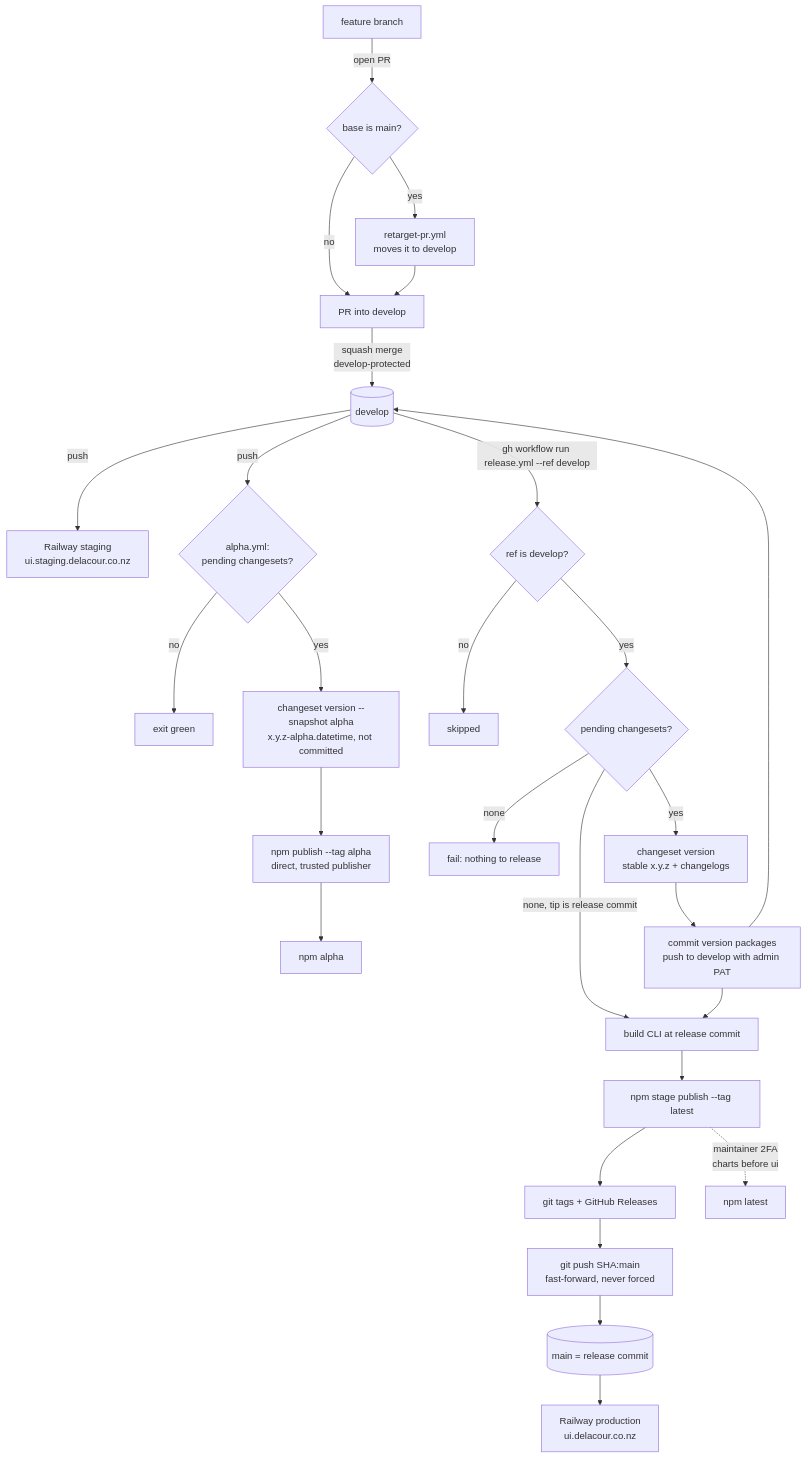
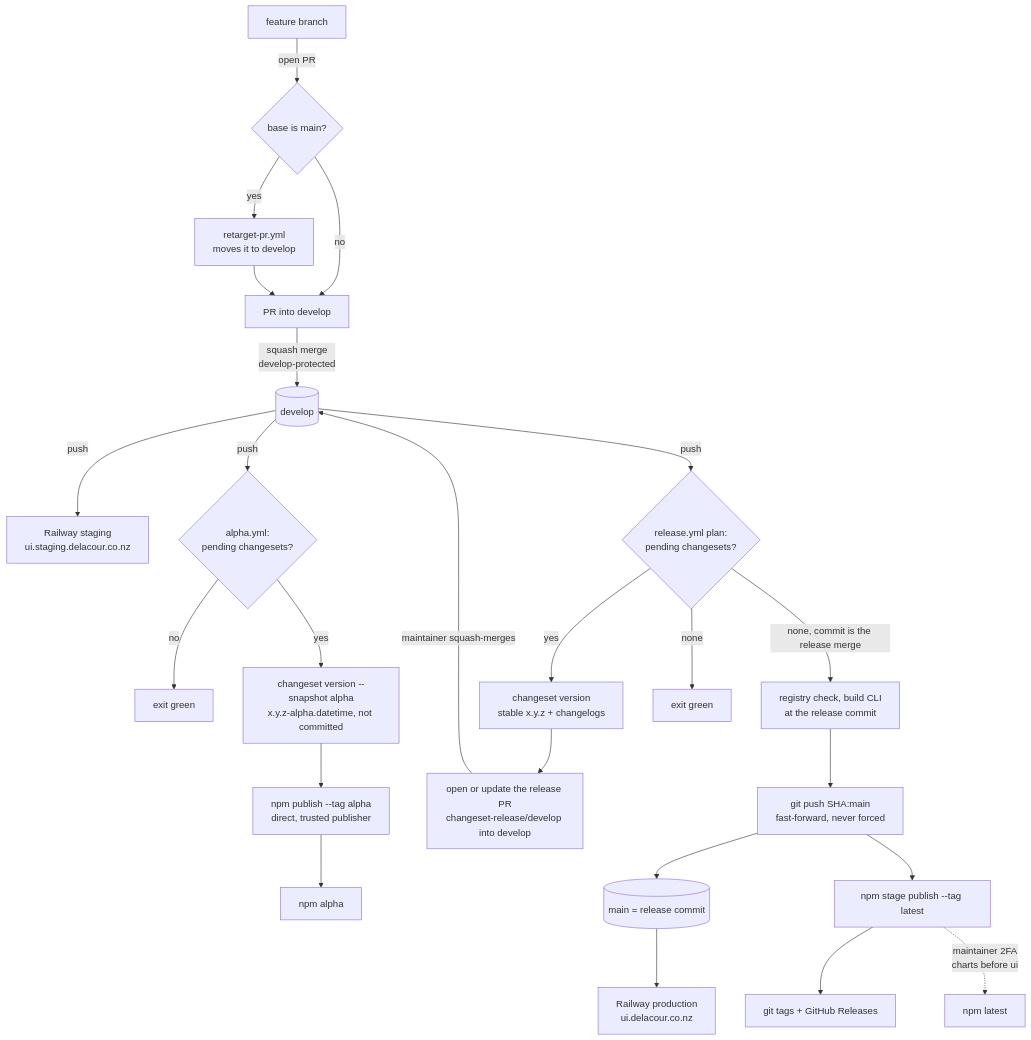
Before and after one commit to delacournz/delacour-ui: the diagram in AGENTS.md, drawn with Mermaid. The commit also changed other lines of this file and 6 other files, not shown here.

````diff
--- a/AGENTS.md
+++ b/AGENTS.md
@@ -285,31 +298,28 @@
 ```mermaid
 flowchart TD
     A[feature branch] -->|open PR| B{base is main?}
     B -->|yes| C[retarget-pr.yml<br/>moves it to develop]
     B -->|no| D[PR into develop]
     C --> D
     D -->|squash merge<br/>develop-protected| E[(develop)]
 
     E -->|push| S[Railway staging<br/>ui.staging.delacour.co.nz]
     E -->|push| F{alpha.yml:<br/>pending changesets?}
     F -->|no| G[exit green]
     F -->|yes| H[changeset version --snapshot alpha<br/>x.y.z-alpha.datetime, not committed]
     H --> I[npm publish --tag alpha<br/>direct, trusted publisher]
     I --> J[npm alpha]
 
-    E -->|gh workflow run release.yml --ref develop| K{ref is develop?}
-    K -->|no| X[skipped]
-    K -->|yes| L{pending changesets?}
-    L -->|none, tip is release commit| P
-    L -->|none| Y[fail: nothing to release]
+    E -->|push| L{release.yml plan:<br/>pending changesets?}
     L -->|yes| M[changeset version<br/>stable x.y.z + changelogs]
-    M --> N[commit version packages<br/>push to develop with admin PAT]
-    N --> E
-    N --> P[build CLI at release commit]
-    P --> Q[npm stage publish --tag latest]
-    Q --> R[git tags + GitHub Releases]
-    R --> T[git push SHA:main<br/>fast-forward, never forced]
+    M --> N[open or update the release PR<br/>changeset-release/develop into develop]
+    N -->|maintainer squash-merges| E
+    L -->|none, commit is the release merge| P[registry check, build CLI<br/>at the release commit]
+    L -->|none| Y[exit green]
+    P --> T[git push SHA:main<br/>fast-forward, never forced]
     T --> U[(main = release commit)]
     U --> V[Railway production<br/>ui.delacour.co.nz]
+    T --> Q[npm stage publish --tag latest]
+    Q --> R[git tags + GitHub Releases]
     Q -.->|maintainer 2FA<br/>charts before ui| W[npm latest]
 ```
````
